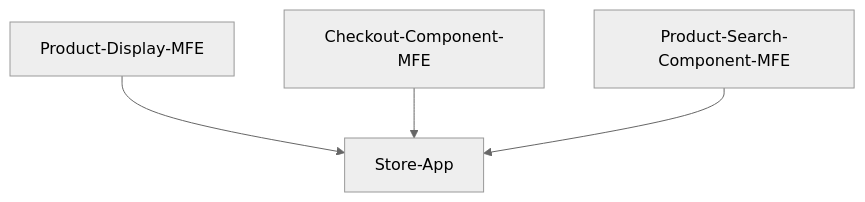
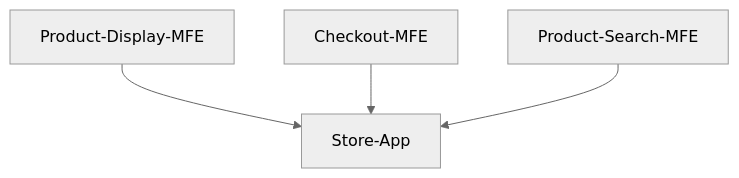
Before and after one commit to jakehova/knowledgedump: the second of 5 diagrams in tech/architecture/micro-front-end/micro-front-end.md, drawn with Mermaid (neutral theme). The commit also changed other lines of this file, not shown here.

````diff
--- a/tech/architecture/micro-front-end/micro-front-end.md
+++ b/tech/architecture/micro-front-end/micro-front-end.md
@@ -30,6 +31,6 @@
 ```mermaid
     graph TD;
         Product-Display-MFE-->Store-App;
-        Checkout-Component-MFE-->Store-App;
-        Product-Search-Component-MFE-->Store-App;
+        Checkout-MFE-->Store-App;
+        Product-Search-MFE-->Store-App;
 ```
````
